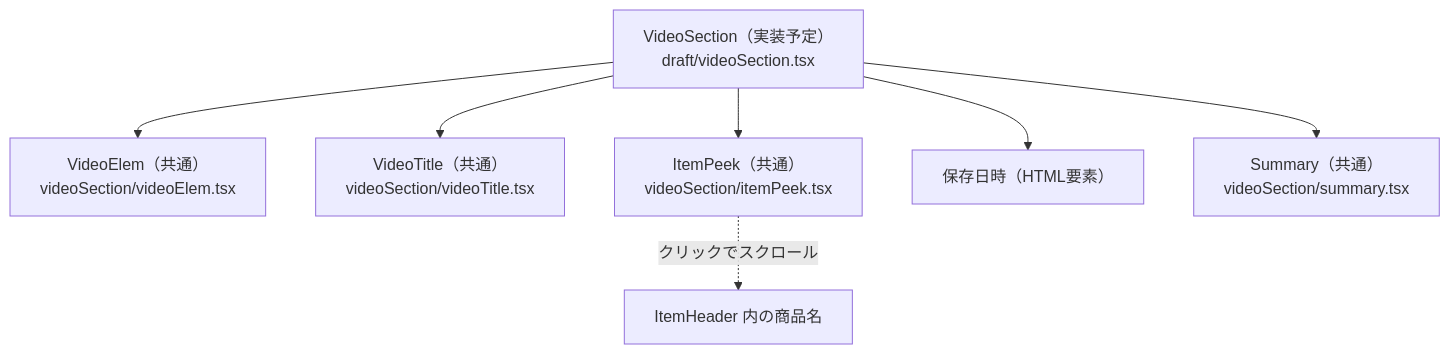
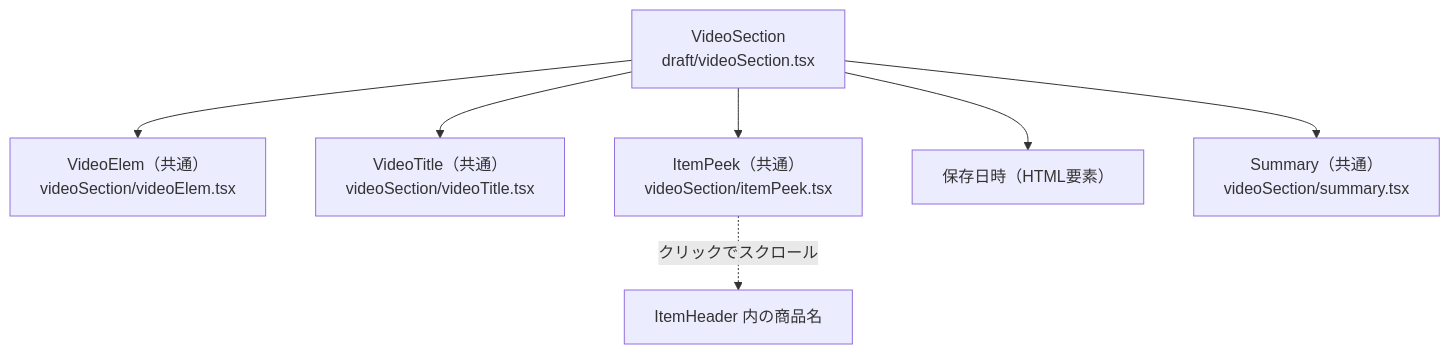
The second of 4 diagrams in client/src/app/item/draft/AGENTS.md (rednull-racing/web-project1), drawn with Mermaid before and after one commit. The commit also changed other lines of this file and 7 other files, not shown here.

````diff
--- a/client/src/app/item/draft/AGENTS.md
+++ b/client/src/app/item/draft/AGENTS.md
@@ -49,17 +53,17 @@
 ```mermaid
 flowchart TD
-    Video["VideoSection（実装予定）<br/>draft/videoSection.tsx"]
+    Video["VideoSection<br/>draft/videoSection.tsx"]
     Elem["VideoElem（共通）<br/>videoSection/videoElem.tsx"]
     Title["VideoTitle（共通）<br/>videoSection/videoTitle.tsx"]
     Peek["ItemPeek（共通）<br/>videoSection/itemPeek.tsx"]
     Date["保存日時（HTML要素）"]
     Summary["Summary（共通）<br/>videoSection/summary.tsx"]
     Target["ItemHeader 内の商品名"]
 
     Video --> Elem
     Video --> Title
     Video --> Peek
     Video --> Date
     Video --> Summary
     Peek -.->|クリックでスクロール| Target
 ```
````
